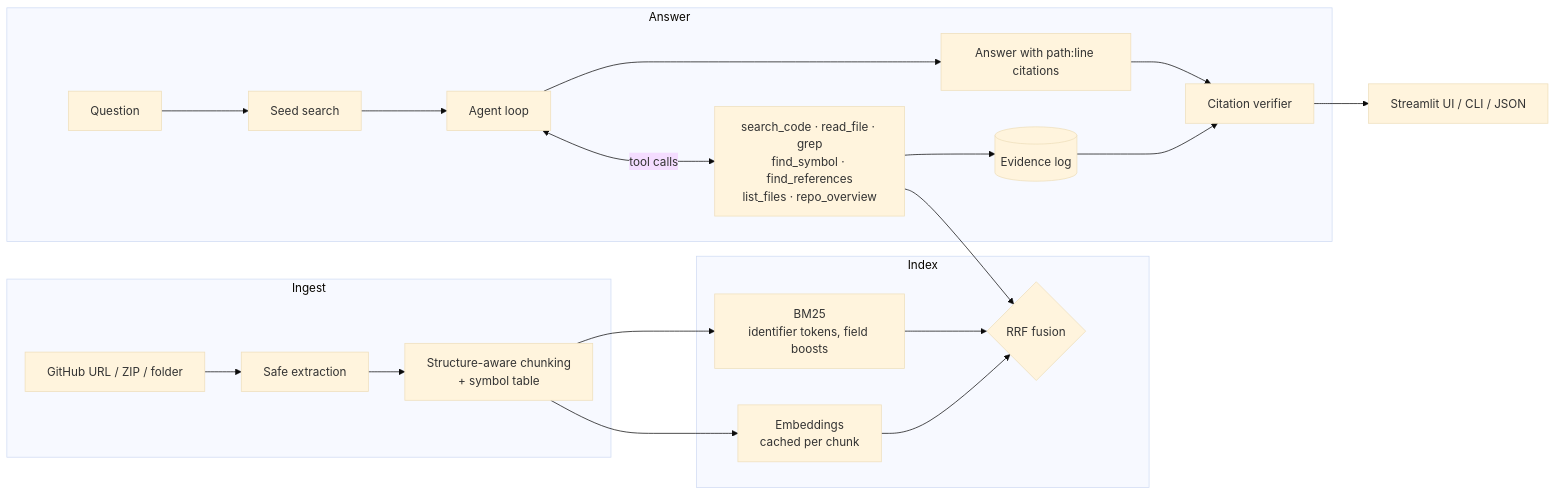
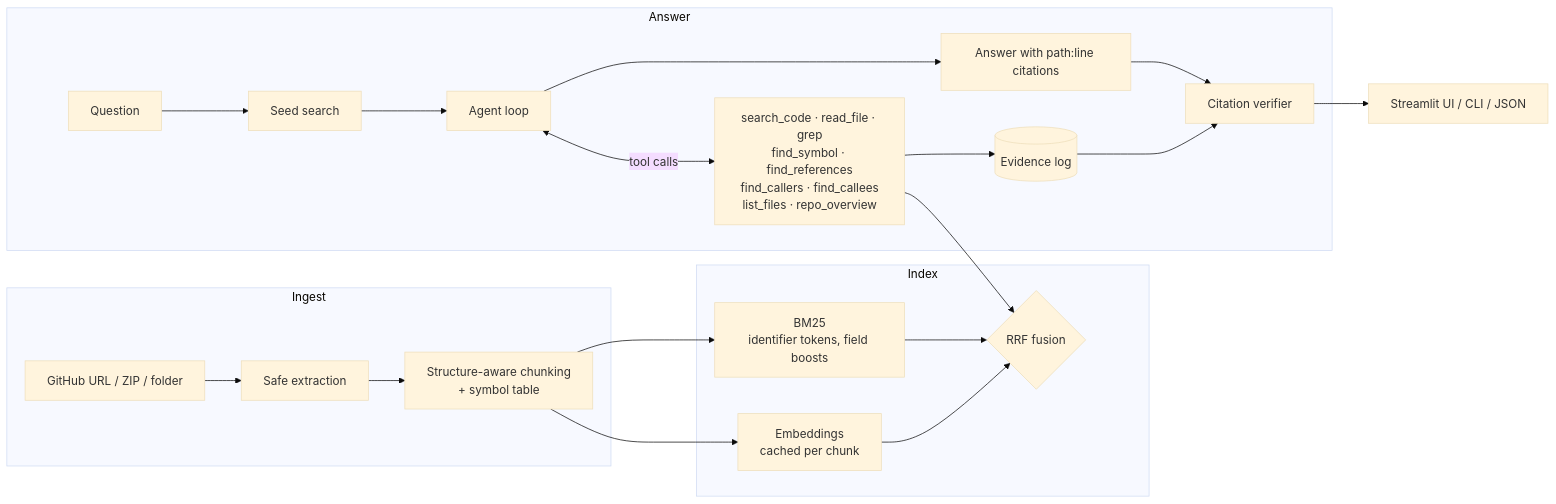
One commit to Max0786234/RepoLens changed the diagram in README.md. Above: the diagram before and after it, drawn with Mermaid (base theme). The commit also changed other lines of this file and 6 other files, not shown here.

First line of the commit message:
Add call-graph tools: find_callers and find_callees

````diff
--- a/README.md
+++ b/README.md
@@ -78,24 +78,24 @@
 ```mermaid
 flowchart LR
     subgraph Ingest
         A[GitHub URL / ZIP / folder] --> B[Safe extraction]
         B --> C[Structure-aware chunking<br/>+ symbol table]
     end
     subgraph Index
         C --> D[BM25<br/>identifier tokens, field boosts]
         C --> E[Embeddings<br/>cached per chunk]
         D --> F{RRF fusion}
         E --> F
     end
     subgraph Answer
         Q[Question] --> S[Seed search]
         S --> L[Agent loop]
-        L <-->|tool calls| T[search_code · read_file · grep<br/>find_symbol · find_references<br/>list_files · repo_overview]
+        L <-->|tool calls| T[search_code · read_file · grep<br/>find_symbol · find_references<br/>find_callers · find_callees<br/>list_files · repo_overview]
         T --> F
         T --> EV[(Evidence log)]
         L --> ANS[Answer with path:line citations]
         ANS --> V[Citation verifier]
         EV --> V
     end
     V --> UI[Streamlit UI / CLI / JSON]
 ```
````
